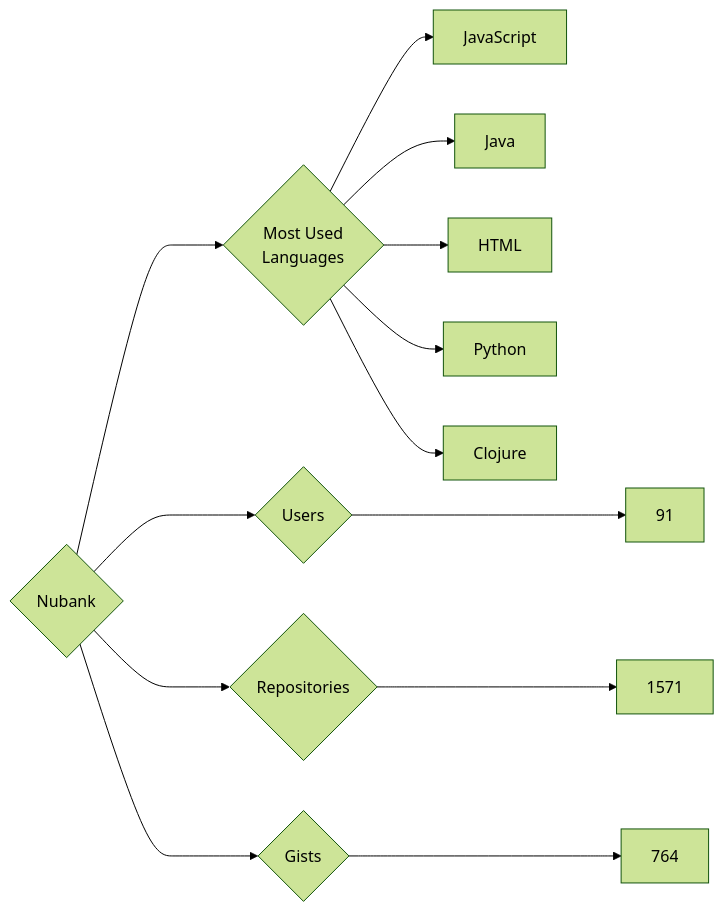
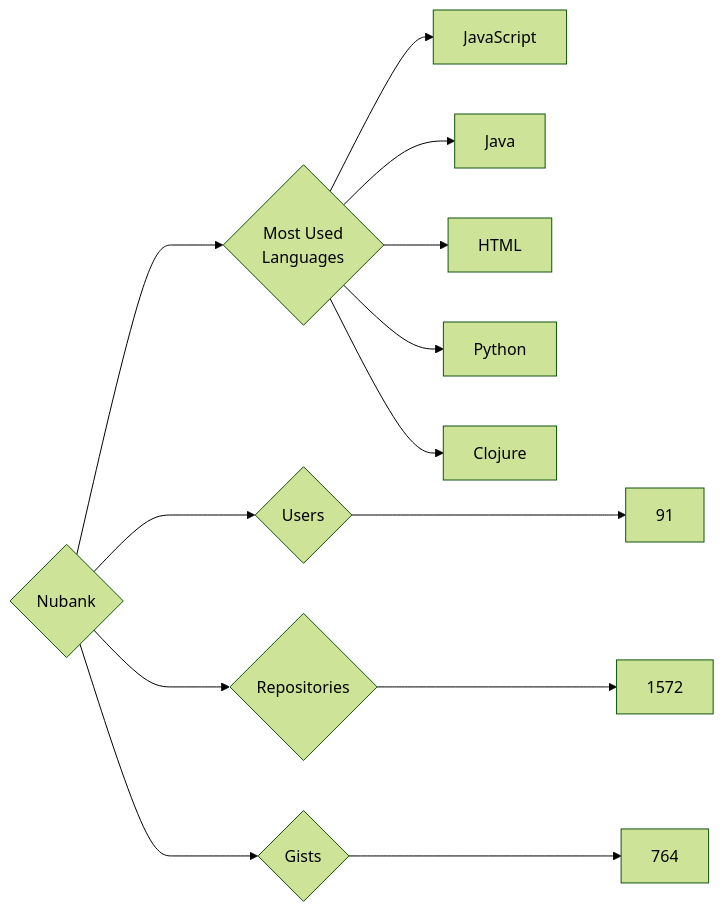
Before and after one commit to trickest/insiders: the diagram in targets/Nubank/README.md, drawn with Mermaid (forest theme). The commit also changed 715 other files, not shown here.

````diff
--- a/targets/Nubank/README.md
+++ b/targets/Nubank/README.md
@@ -3,13 +3,13 @@
 ```mermaid
 graph LR
 COMPANY_NAME{Nubank}
 COMPANY_NAME ---> U{Users} ---> UN[91]
-COMPANY_NAME ---> R{Repositories} ---> RN[1571]
+COMPANY_NAME ---> R{Repositories} ---> RN[1572]
 COMPANY_NAME ---> G{Gists} ---> GN[764]
 COMPANY_NAME ---> ML{Most Used<br>Languages}
 ML --> JavaScript[JavaScript]
 ML --> Java[Java]
 ML --> HTML[HTML]
 ML --> Python[Python]
 ML --> Clojure[Clojure]
 ```
````
